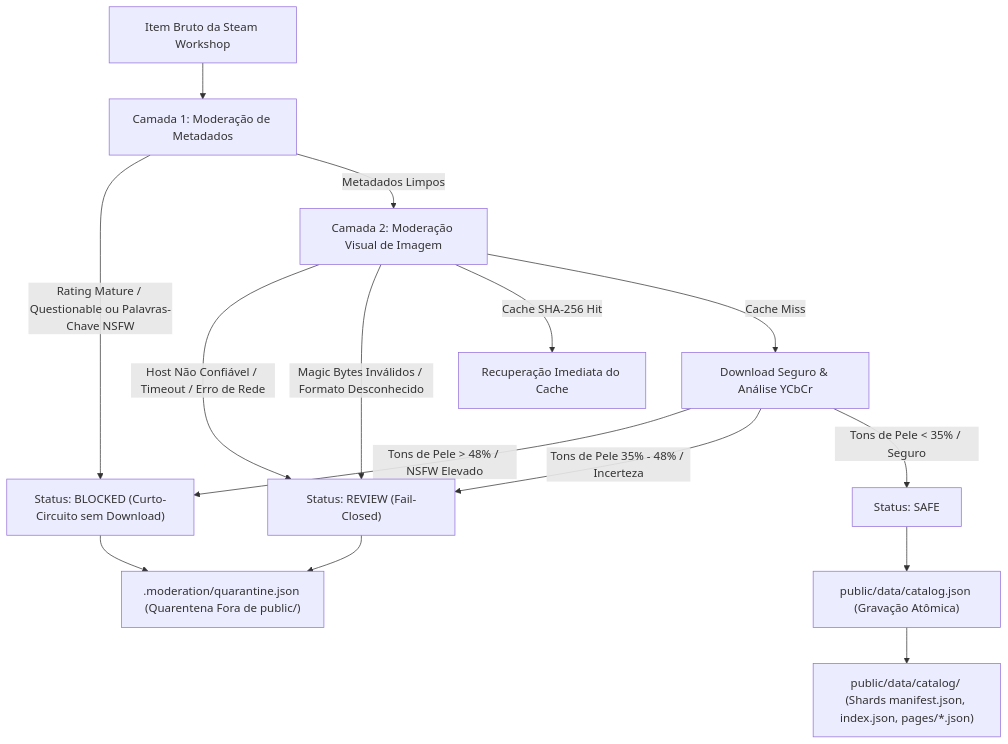
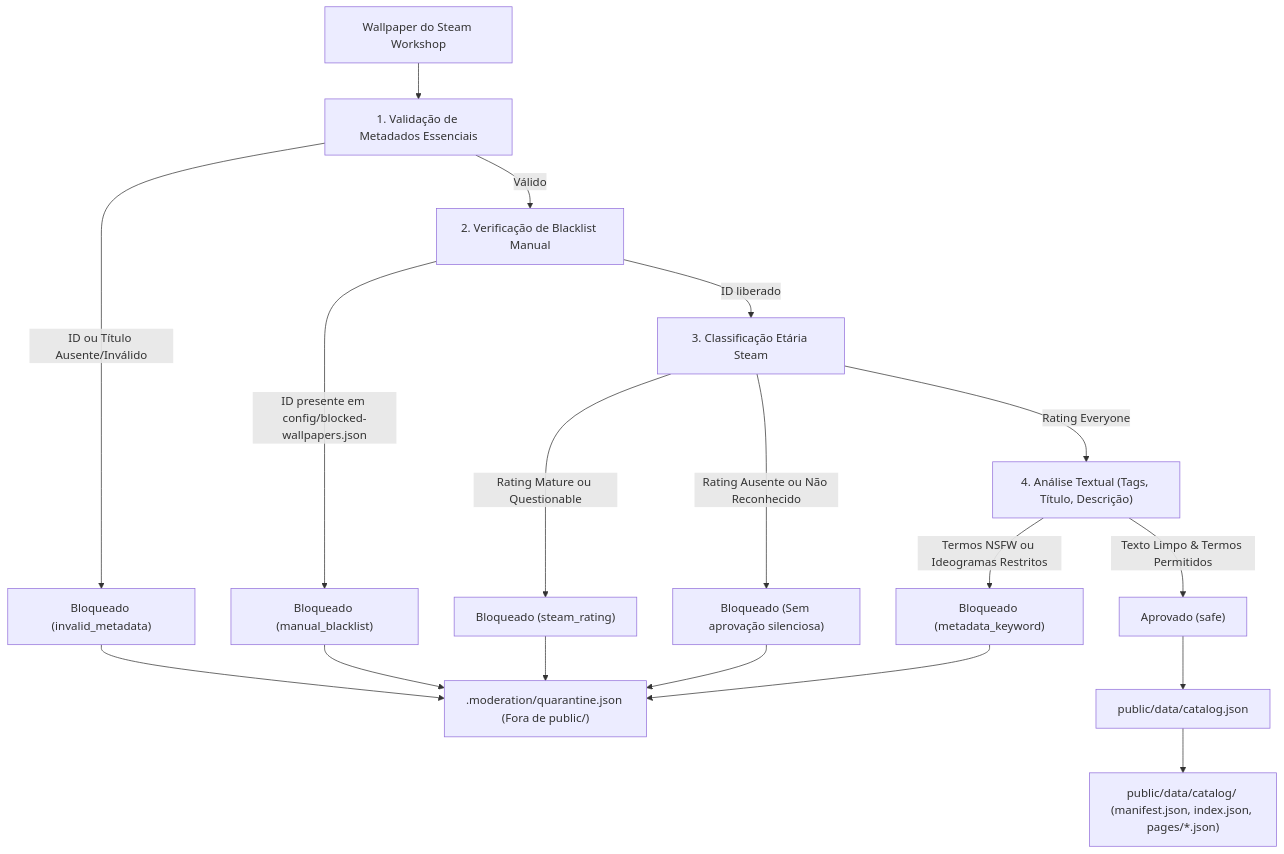
One commit to Figueirin/WallpaperGallery changed the diagram in NSFW_MODERATION_REPORT.md. Above: the diagram before and after it, drawn with Mermaid. The commit also changed other lines of this file and 11 other files, not shown here.

Commit message:
refactor(moderation): simplify NSFW pipeline to metadata, steam rating and manual blacklist

````diff
--- a/NSFW_MODERATION_REPORT.md
+++ b/NSFW_MODERATION_REPORT.md
@@ -13,18 +23,21 @@
 ```mermaid
 flowchart TD
-    A["Item Bruto da Steam Workshop"] --> B["Camada 1: Moderação de Metadados"]
-    B -->|Rating Mature / Questionable ou Palavras-Chave NSFW| C["Status: BLOCKED (Curto-Circuito sem Download)"]
-    B -->|Metadados Limpos| D["Camada 2: Moderação Visual de Imagem"]
-    D -->|Host Não Confiável / Timeout / Erro de Rede| E["Status: REVIEW (Fail-Closed)"]
-    D -->|Magic Bytes Inválidos / Formato Desconhecido| E
-    D -->|Cache SHA-256 Hit| F["Recuperação Imediata do Cache"]
-    D -->|Cache Miss| G["Download Seguro & Análise YCbCr"]
-    G -->|Tons de Pele > 48% / NSFW Elevado| C
-    G -->|Tons de Pele 35% - 48% / Incerteza| E
-    G -->|Tons de Pele < 35% / Seguro| H["Status: SAFE"]
-    
-    C --> I[".moderation/quarantine.json (Quarentena Fora de public/)"]
-    E --> I
-    H --> J["public/data/catalog.json (Gravação Atômica)"]
-    J --> K["public/data/catalog/ (Shards manifest.json, index.json, pages/*.json)"]
+    A["Wallpaper do Steam Workshop"] --> B["1. Validação de Metadados Essenciais"]
+    B -->|ID ou Título Ausente/Inválido| X["Bloqueado (invalid_metadata)"]
+    B -->|Válido| C["2. Verificação de Blacklist Manual"]
+    C -->|ID presente em config/blocked-wallpapers.json| X1["Bloqueado (manual_blacklist)"]
+    C -->|ID liberado| D["3. Classificação Etária Steam"]
+    D -->|Rating Mature ou Questionable| X2["Bloqueado (steam_rating)"]
+    D -->|Rating Ausente ou Não Reconhecido| X3["Bloqueado (Sem aprovação silenciosa)"]
+    D -->|Rating Everyone| E["4. Análise Textual (Tags, Título, Descrição)"]
+    E -->|Termos NSFW ou Ideogramas Restritos| X4["Bloqueado (metadata_keyword)"]
+    E -->|Texto Limpo & Termos Permitidos| S["Aprovado (safe)"]
+
+    X --> Q[".moderation/quarantine.json (Fora de public/)"]
+    X1 --> Q
+    X2 --> Q
+    X3 --> Q
+    X4 --> Q
+    S --> P["public/data/catalog.json"]
+    P --> SH["public/data/catalog/ (manifest.json, index.json, pages/*.json)"]
 ```
````
